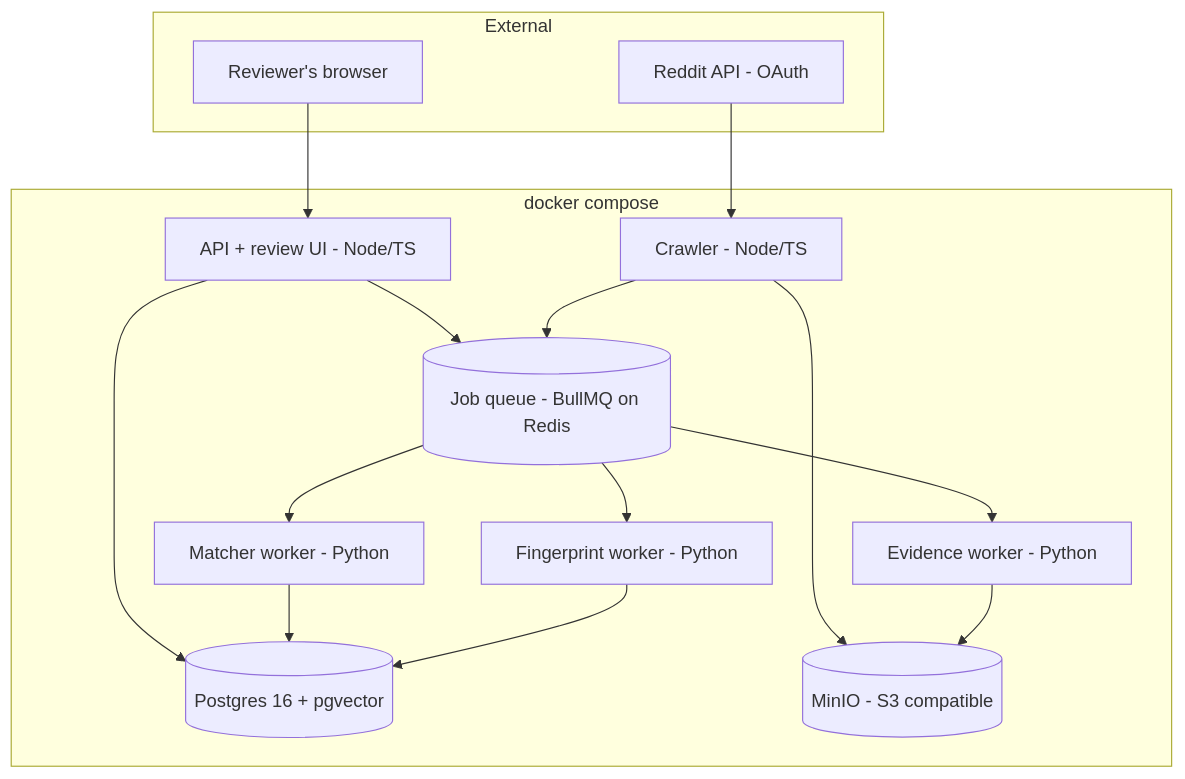
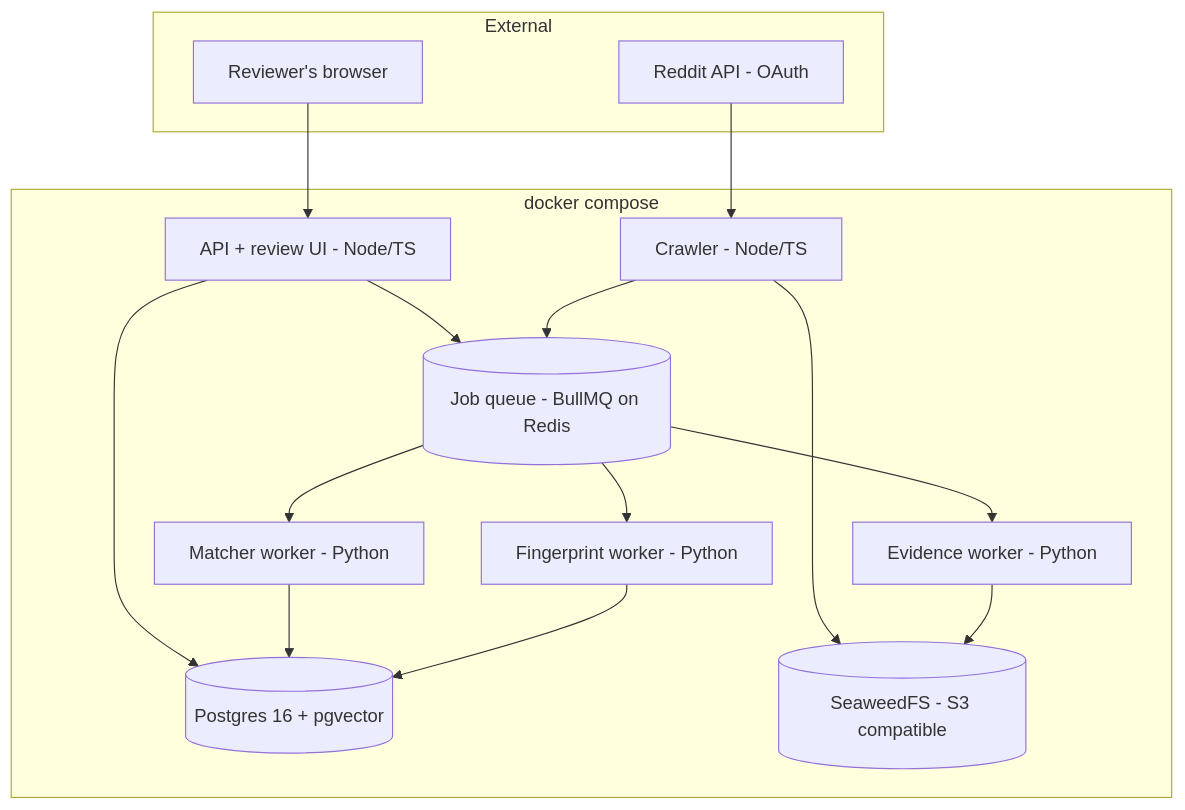
One commit to Cshiva773/repost-radar changed the first of 2 diagrams in docs/ARCHITECTURE.md. Above: the diagram before and after it, drawn with Mermaid. The commit also changed other lines of this file and 45 other files, not shown here.

First line of the commit message:
Phase 0: scaffold monorepo, compose stack, schema, API, crawler, worker

````diff
--- a/docs/ARCHITECTURE.md
+++ b/docs/ARCHITECTURE.md
@@ -9,29 +9,29 @@
 ```mermaid
 flowchart TB
   subgraph External
     R[Reddit API - OAuth]
     B[Reviewer's browser]
   end
   subgraph Compose[docker compose]
     C[Crawler - Node/TS]
     A[API + review UI - Node/TS]
     Q[(Job queue - BullMQ on Redis)]
     F[Fingerprint worker - Python]
     M[Matcher worker - Python]
     E[Evidence worker - Python]
     P[(Postgres 16 + pgvector)]
-    S[(MinIO - S3 compatible)]
+    S[(SeaweedFS - S3 compatible)]
   end
   R --> C
   B --> A
   C --> Q
   A --> Q
   Q --> F
   Q --> M
   Q --> E
   F --> P
   M --> P
   E --> S
   C --> S
   A --> P
 ```
````
